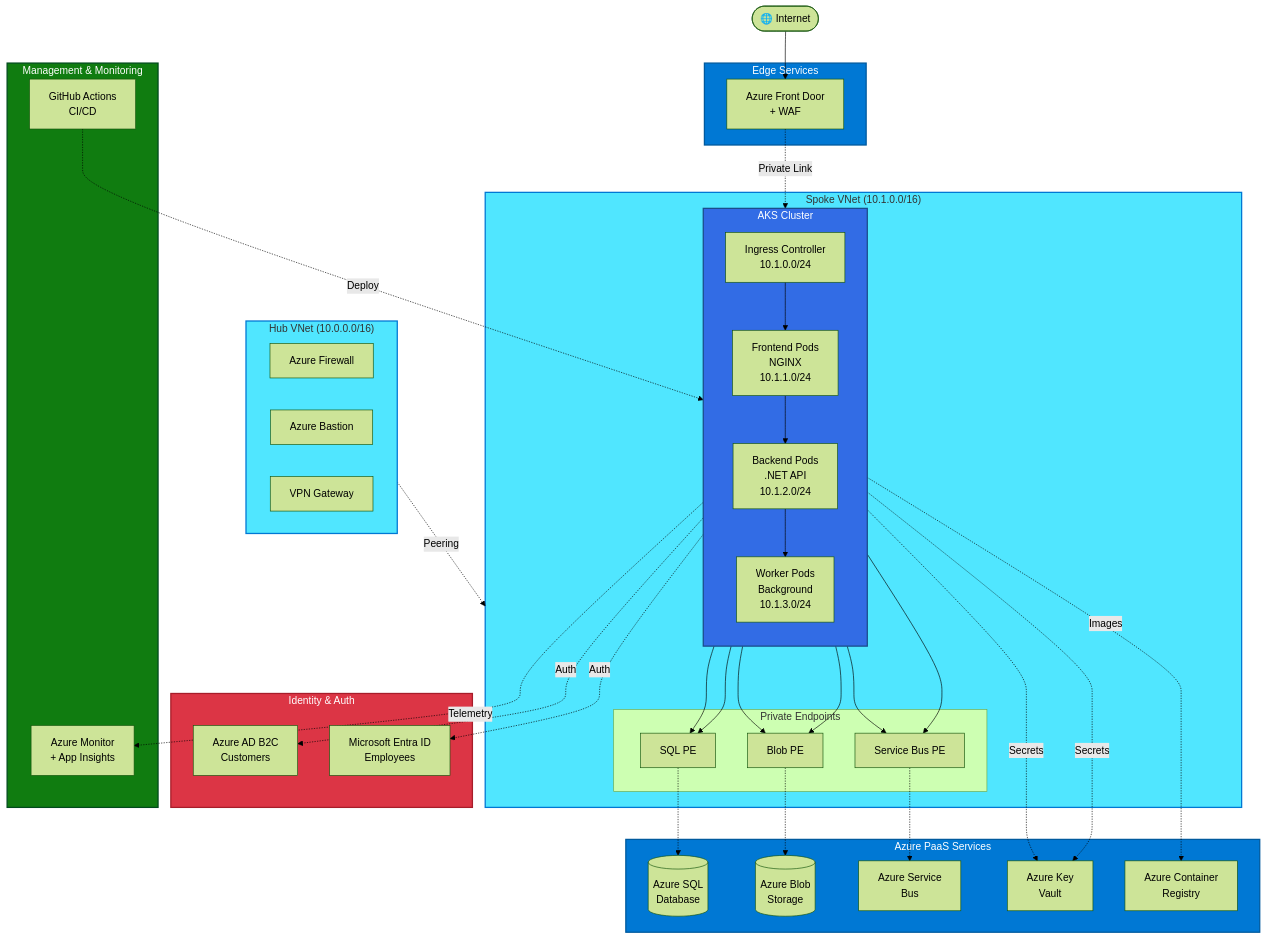
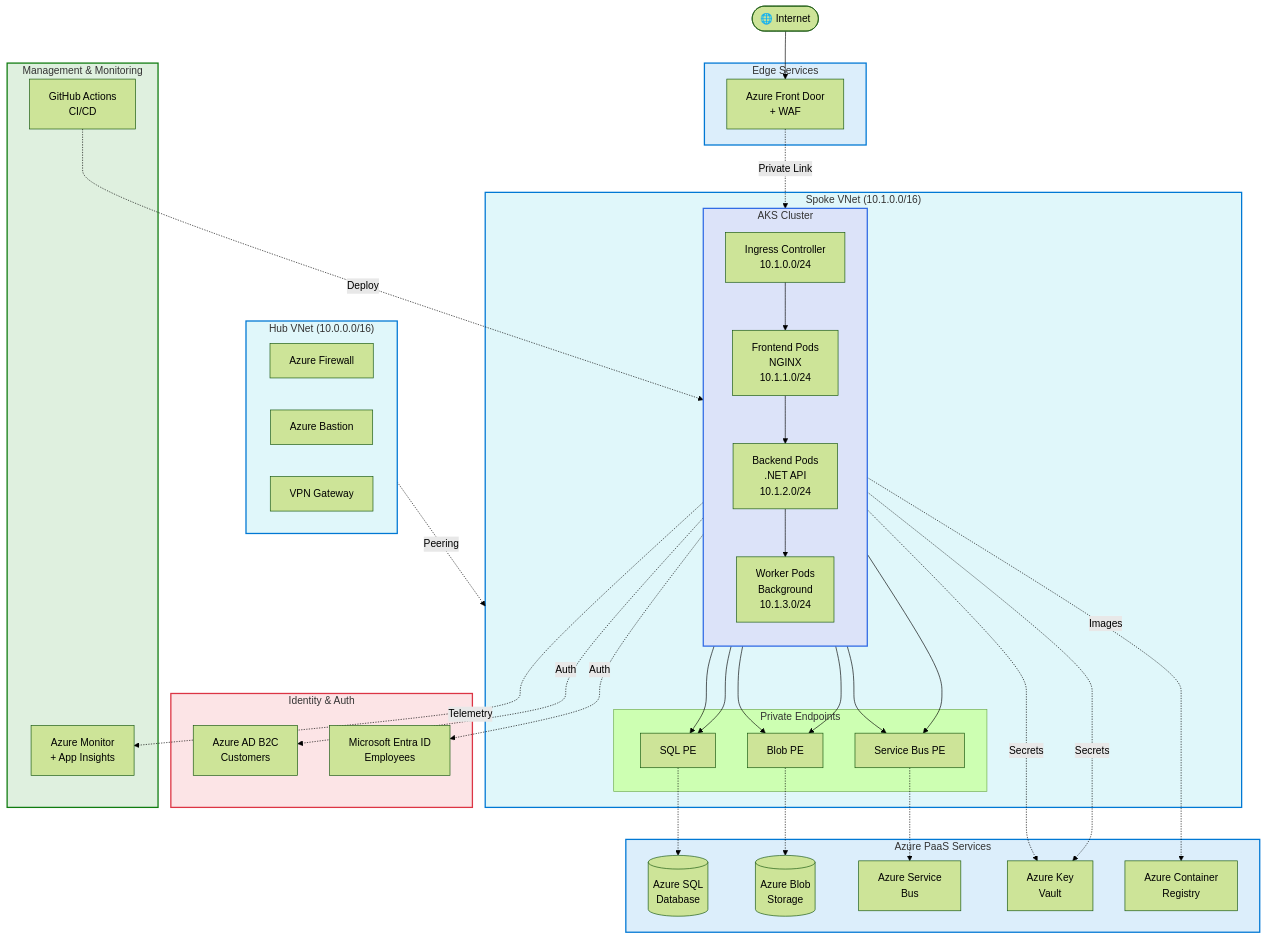
One commit to EmeaAppGbb/AzureHybridContinuumCookBook changed the first of 2 diagrams in docs/07-reference-scenario/02-phase1-public-cloud.md. Above: the diagram before and after it, drawn with Mermaid (forest theme). The commit also changed other lines of this file and 28 other files, not shown here.

First line of the commit message:
Fix Mermaid diagram readability: use light pastel subgraph backgrounds

````diff
--- a/docs/07-reference-scenario/02-phase1-public-cloud.md
+++ b/docs/07-reference-scenario/02-phase1-public-cloud.md
@@ -124,11 +124,11 @@
     
     Hub -.->|Peering| Spoke
     
-    style Edge fill:#0078d4,stroke:#005a9e,stroke-width:2px,color:#fff
-    style Hub fill:#50e6ff,stroke:#0078d4,stroke-width:2px
-    style Spoke fill:#50e6ff,stroke:#0078d4,stroke-width:2px
-    style AKS fill:#326ce5,stroke:#1a4d8c,stroke-width:2px,color:#fff
-    style PaaS fill:#0078d4,stroke:#005a9e,stroke-width:2px,color:#fff
-    style Identity fill:#dc3545,stroke:#a71d2a,stroke-width:2px,color:#fff
-    style Management fill:#107c10,stroke:#004b1c,stroke-width:2px,color:#fff
+    style Edge fill:#dceefb,stroke:#0078d4,stroke-width:2px
+    style Hub fill:#e0f7fa,stroke:#0078d4,stroke-width:2px
+    style Spoke fill:#e0f7fa,stroke:#0078d4,stroke-width:2px
+    style AKS fill:#dce3f9,stroke:#326ce5,stroke-width:2px
+    style PaaS fill:#dceefb,stroke:#0078d4,stroke-width:2px
+    style Identity fill:#fce4e6,stroke:#dc3545,stroke-width:2px
+    style Management fill:#dff0df,stroke:#107c10,stroke-width:2px
 ```
````
